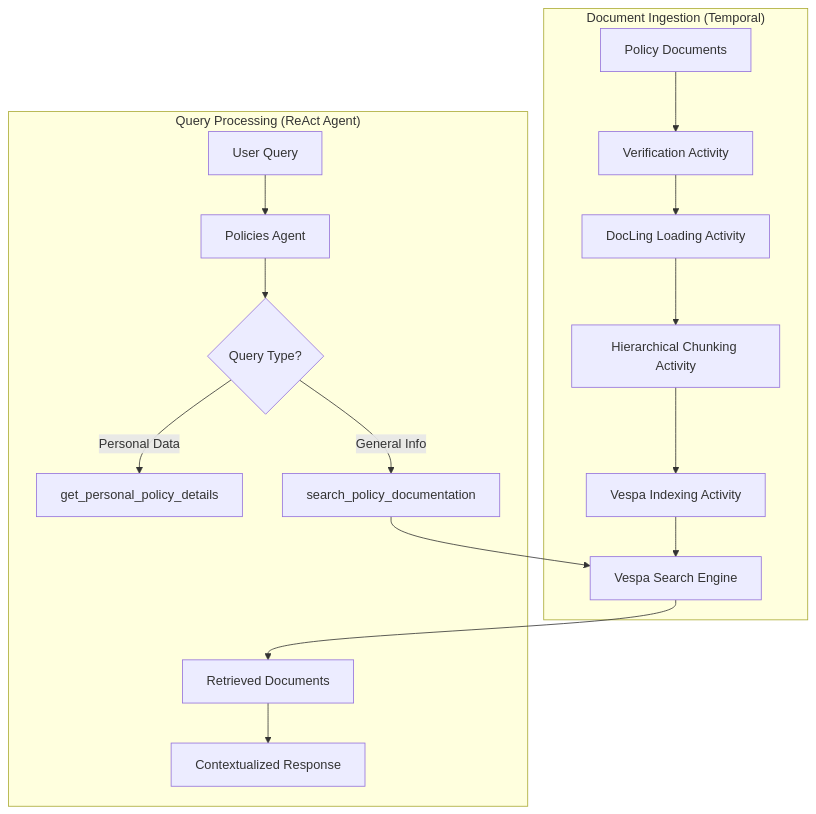
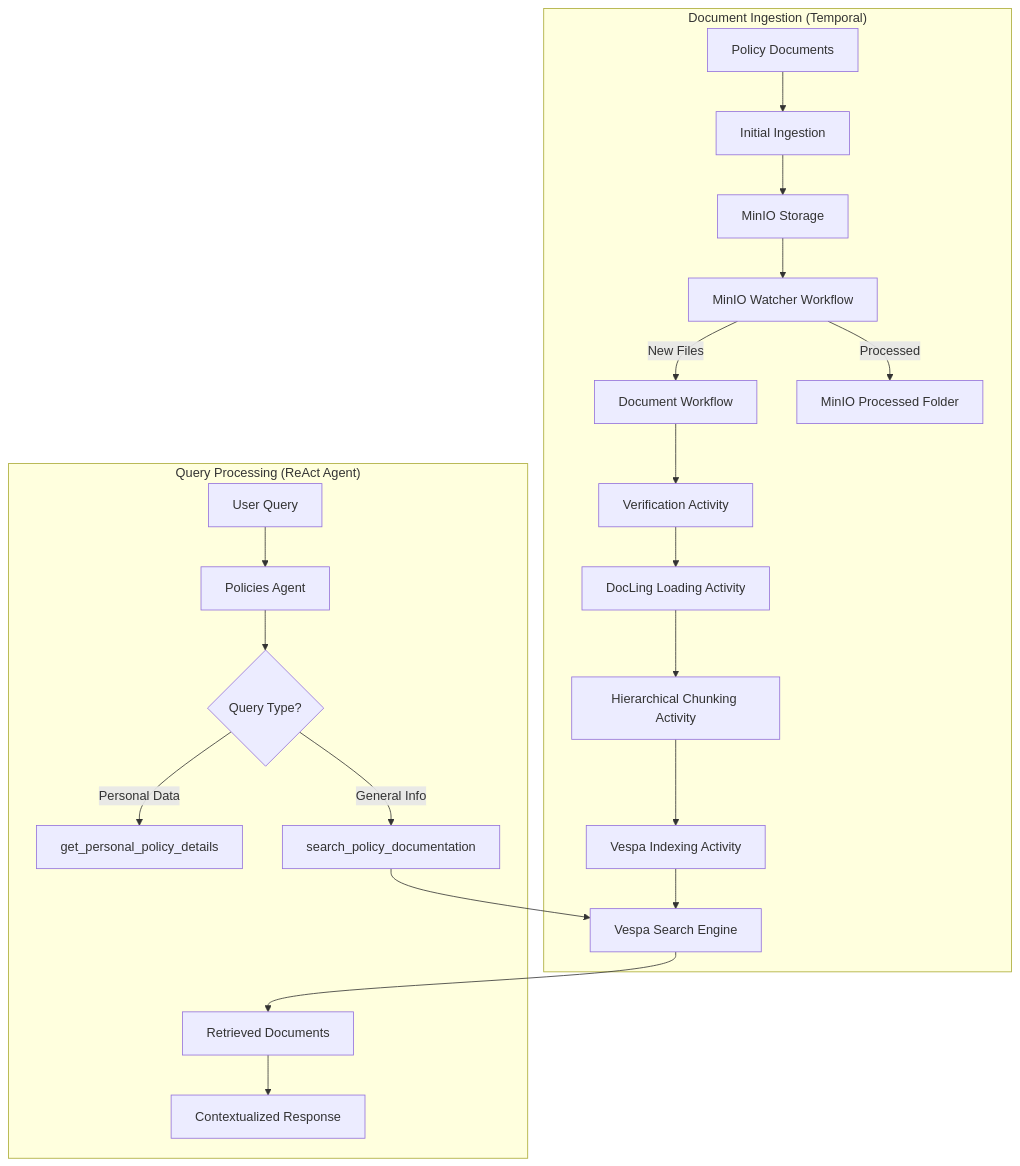
Before and after one commit to eggai-tech/EggAI: the diagram in examples/multi_agent_human_chat/docs/ingestion-pipeline.md, drawn with Mermaid. The commit also changed other lines of this file and 5 other files, not shown here.

````diff
--- a/examples/multi_agent_human_chat/docs/ingestion-pipeline.md
+++ b/examples/multi_agent_human_chat/docs/ingestion-pipeline.md
@@ -11,20 +11,25 @@
 ```mermaid
 graph TB
     subgraph "Document Ingestion (Temporal)"
-        A[Policy Documents] --> B[Verification Activity]
-        B --> C[DocLing Loading Activity] 
-        C --> D[Hierarchical Chunking Activity]
-        D --> E[Vespa Indexing Activity]
-        E --> F[Vespa Search Engine]
+        A[Policy Documents] --> B[Initial Ingestion]
+        B --> C[MinIO Storage]
+        C --> D[MinIO Watcher Workflow]
+        D -->|New Files| E[Document Workflow]
+        E --> F[Verification Activity]
+        F --> G[DocLing Loading Activity] 
+        G --> H[Hierarchical Chunking Activity]
+        H --> I[Vespa Indexing Activity]
+        I --> J[Vespa Search Engine]
+        D -->|Processed| K[MinIO Processed Folder]
     end
     
     subgraph "Query Processing (ReAct Agent)"
-        G[User Query] --> H[Policies Agent]
-        H --> I{Query Type?}
-        I -->|Personal Data| J[get_personal_policy_details]
-        I -->|General Info| K[search_policy_documentation]
-        K --> F
-        F --> L[Retrieved Documents]
-        L --> M[Contextualized Response]
+        L[User Query] --> M[Policies Agent]
+        M --> N{Query Type?}
+        N -->|Personal Data| O[get_personal_policy_details]
+        N -->|General Info| P[search_policy_documentation]
+        P --> J
+        J --> Q[Retrieved Documents]
+        Q --> R[Contextualized Response]
     end
 ```
````
